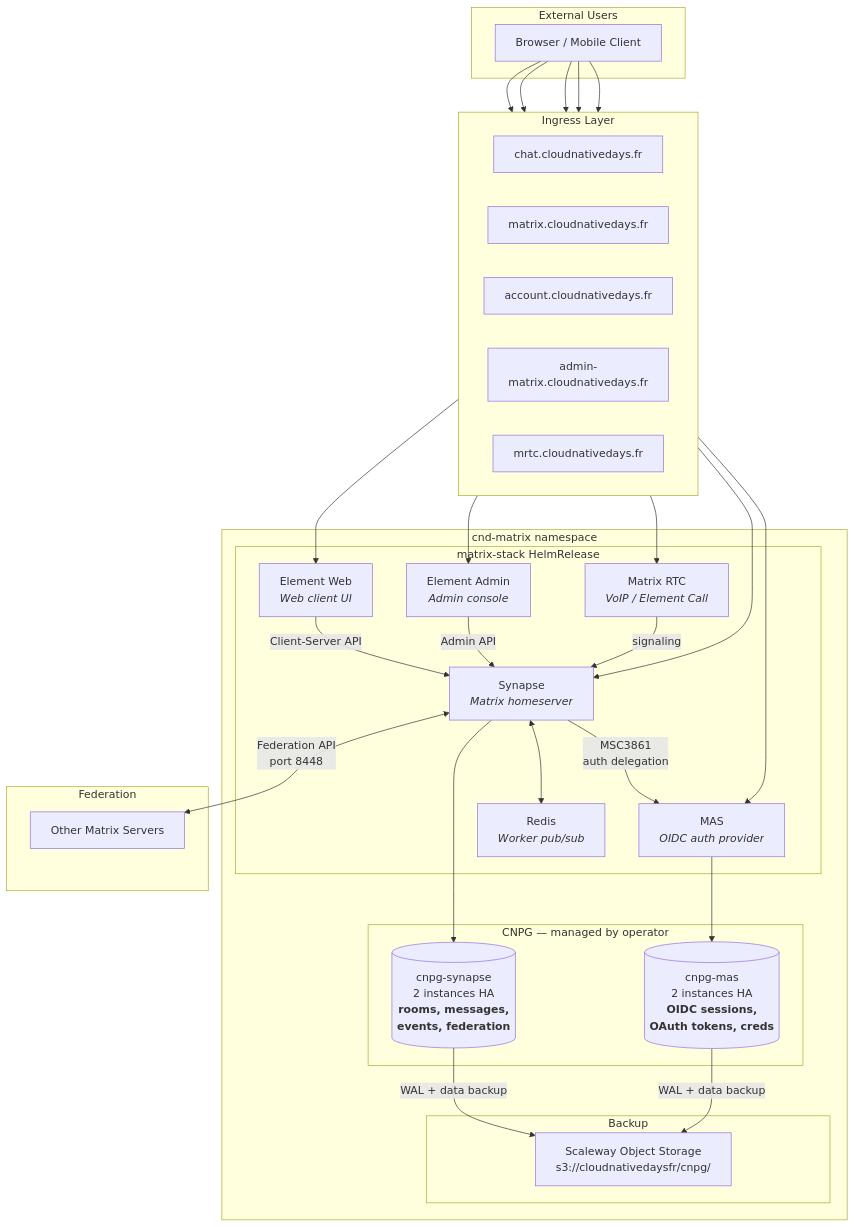
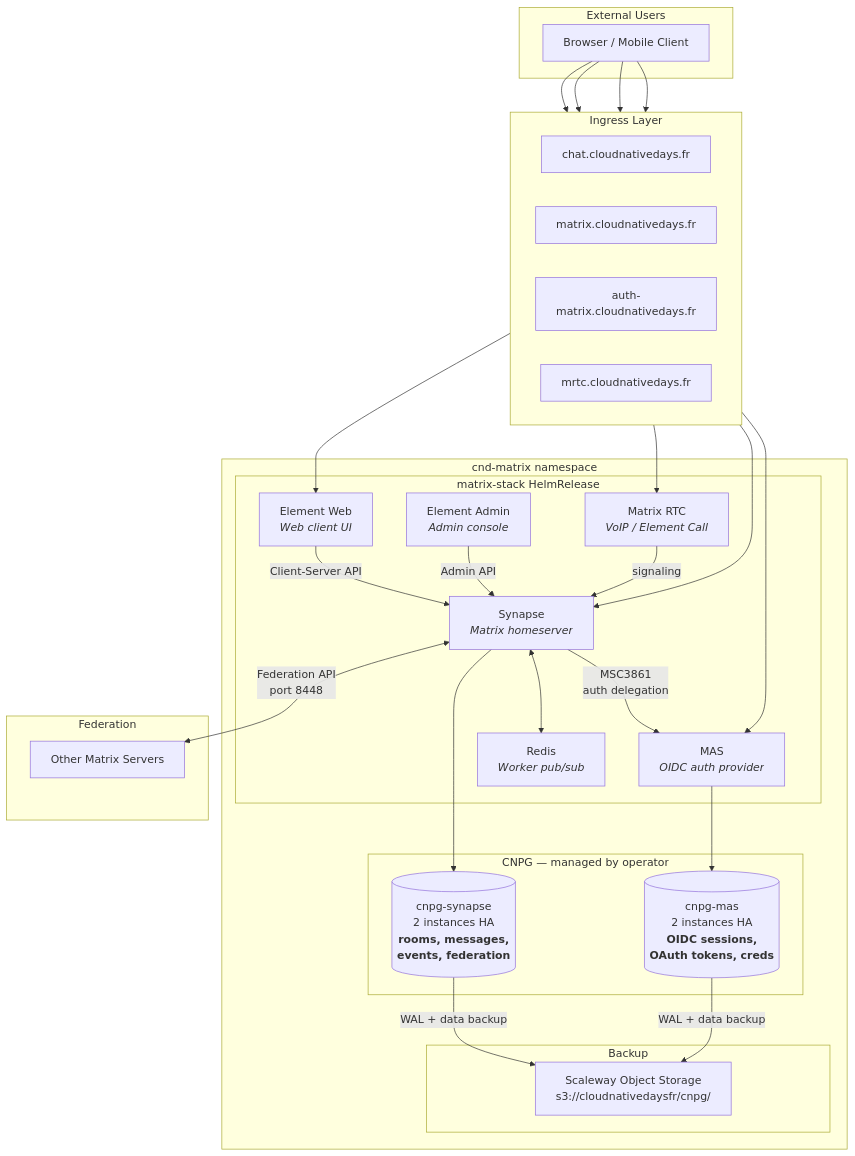
The diagram in matrix/README.md (cloudnativefrance/cnd-platform), drawn with Mermaid before and after one commit. The commit also changed other lines of this file and 1 other file, not shown here.

First line of the commit message:
fix(matrix): rename MAS subdomain and disable Element Admin ingress

````diff
--- a/matrix/README.md
+++ b/matrix/README.md
@@ -19,59 +19,57 @@
 ```mermaid
 graph TB
     subgraph "External Users"
         Browser["Browser / Mobile Client"]
     end
 
     subgraph "Ingress Layer"
         direction LR
         I1["chat.cloudnativedays.fr"]
         I2["matrix.cloudnativedays.fr"]
-        I3["account.cloudnativedays.fr"]
-        I4["admin-matrix.cloudnativedays.fr"]
+        I3["auth-matrix.cloudnativedays.fr"]
         I5["mrtc.cloudnativedays.fr"]
     end
 
     subgraph "cnd-matrix namespace"
         subgraph "matrix-stack HelmRelease"
             EW["Element Web<br/><i>Web client UI</i>"]
             SY["Synapse<br/><i>Matrix homeserver</i>"]
             MAS["MAS<br/><i>OIDC auth provider</i>"]
             EA["Element Admin<br/><i>Admin console</i>"]
             RTC["Matrix RTC<br/><i>VoIP / Element Call</i>"]
             Redis["Redis<br/><i>Worker pub/sub</i>"]
         end
 
         subgraph "CNPG — managed by operator"
             DB_SY[("cnpg-synapse<br/>2 instances HA<br/><b>rooms, messages,<br/>events, federation</b>")]
             DB_MAS[("cnpg-mas<br/>2 instances HA<br/><b>OIDC sessions,<br/>OAuth tokens, creds</b>")]
         end
 
         subgraph "Backup"
             SCW["Scaleway Object Storage<br/>s3://cloudnativedaysfr/cnpg/"]
         end
     end
 
     subgraph "Federation"
         Other["Other Matrix Servers"]
     end
 
     Browser --> I1 --> EW
     Browser --> I2 --> SY
     Browser --> I3 --> MAS
-    Browser --> I4 --> EA
     Browser --> I5 --> RTC
 
     EW -- "Client-Server API" --> SY
     SY -- "MSC3861<br/>auth delegation" --> MAS
     EA -- "Admin API" --> SY
     RTC -- "signaling" --> SY
     SY <--> Redis
 
     SY --> DB_SY
     MAS --> DB_MAS
 
     DB_SY -- "WAL + data backup" --> SCW
     DB_MAS -- "WAL + data backup" --> SCW
 
     SY <-- "Federation API<br/>port 8448" --> Other
 ```
````
